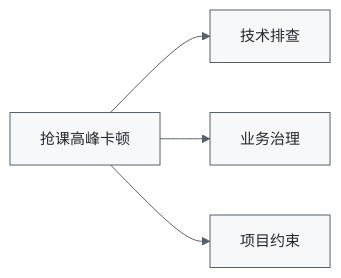
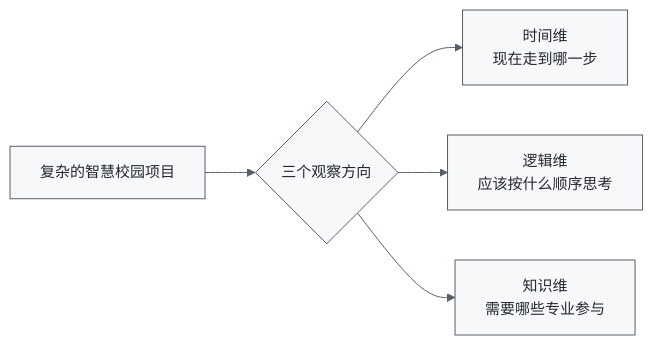
The diagram in 01_综合知识/02_系统工程与信息系统基础/02_系统工程方法/霍尔三维结构.md (74262195/system-architect-notes), drawn with Mermaid before and after one commit. The commit also changed other lines of this file and 5 other files, not shown here.

Commit message:
style: 优化霍尔三维结构图表表达

````diff
--- a/01_综合知识/02_系统工程与信息系统基础/02_系统工程方法/霍尔三维结构.md
+++ b/01_综合知识/02_系统工程与信息系统基础/02_系统工程方法/霍尔三维结构.md
@@ -424,7 +67,8 @@
 ```mermaid
 %%{init: {"theme":"base","themeVariables":{"fontSize":"15px","primaryColor":"#f6f8fa","primaryTextColor":"#24292f","primaryBorderColor":"#57606a","lineColor":"#57606a","secondaryColor":"#ffffff","tertiaryColor":"#ffffff","edgeLabelBackground":"#ffffff"}}}%%
 flowchart LR
-    A["抢课高峰卡顿"] --> B["技术排查"]
-    A --> C["业务治理"]
-    A --> D["项目约束"]
+    A["复杂的智慧校园项目"] --> B{"三个观察方向"}
+    B --> T["时间维<br/>现在走到哪一步"]
+    B --> L["逻辑维<br/>应该按什么顺序思考"]
+    B --> K["知识维<br/>需要哪些专业参与"]
 ```
````
